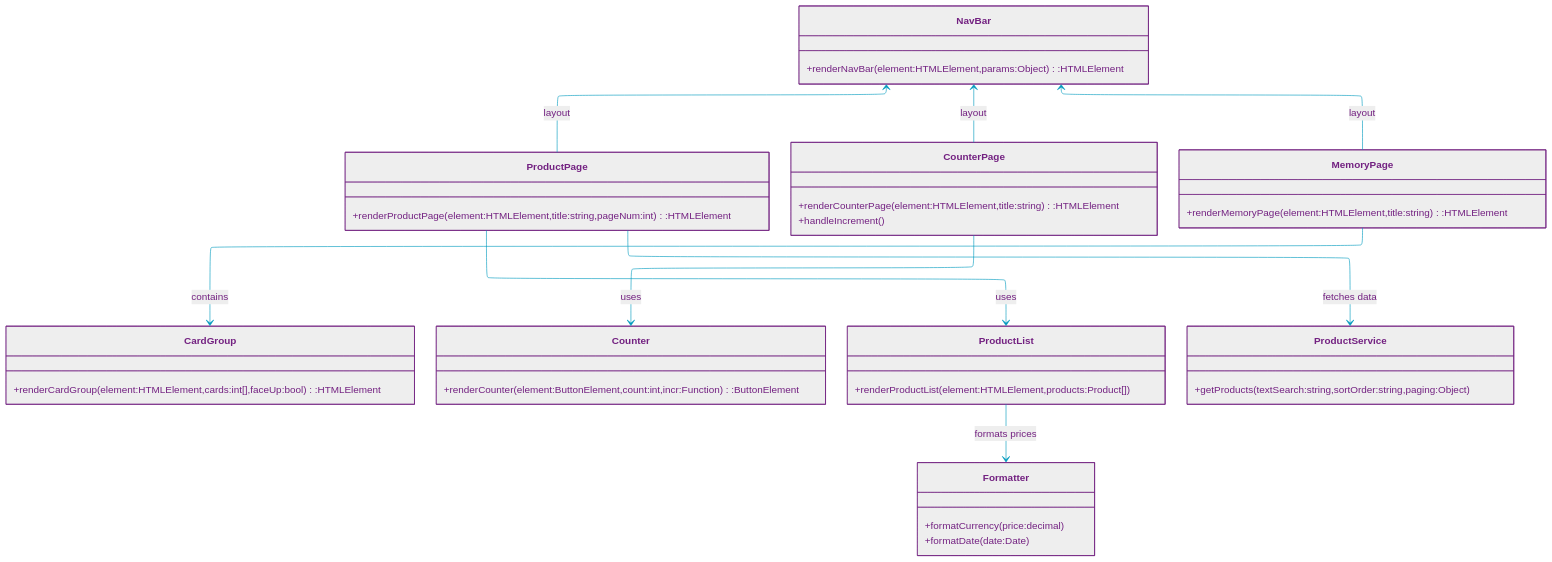
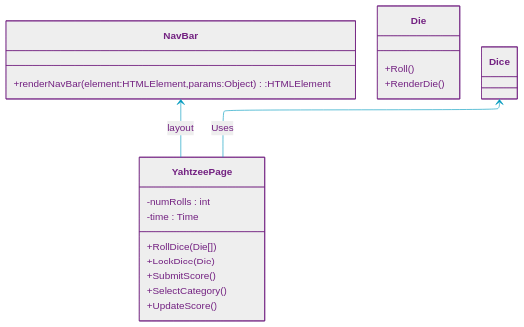
The diagram in uml/icd.md (null-0ne/COSA-195-Gamehub), drawn with Mermaid before and after one commit. The commit also changed other lines of this file and 2 other files, not shown here.

Commit message:
Started the ICD, and created the Sequence Diagram for the Yahtzee Count page

````diff
--- a/uml/icd.md
+++ b/uml/icd.md
@@ -3,62 +3,38 @@
 ```mermaid
 %%{init:{"securityLevel":"loose","layout":"elk","elk":{"nodePlacementStrategy":"NETWORK_SIMPLEX"},"theme":"base",
 "themeVariables":{"primaryColor":"#EEE","primaryTextColor":"#732181","primaryBorderColor":"#732181","lineColor":"#009ABE","noteBorderColor":"#732181","noteBkgColor":"#F38A00","activationBkgColor":"#F38A00"    }
 }}%%
 %%----------------------- MERMAID MARKUP BELOW --------------------%%
 classDiagram
 %%  direction LR
 
-    class ProductPage {
-        +renderProductPage(element:HTMLElement,title:string,pageNum:int):HTMLElement
-    }
-
-    class CounterPage {
-        +renderCounterPage(element:HTMLElement,title:string):HTMLElement
-        +handleIncrement()
-    }
-
-    class MemoryPage {
-        +renderMemoryPage(element:HTMLElement,title:string):HTMLElement
-    }
-
     class NavBar {
         +renderNavBar(element:HTMLElement,params:Object):HTMLElement
     }
 
-    class CardGroup {
-        +renderCardGroup(element:HTMLElement,cards:int[],faceUp:bool):HTMLElement
+    class Die {
+        +Roll()
+        +RenderDie()
     }
 
-    class Counter {
-        +renderCounter(element:ButtonElement,count:int,incr:Function):ButtonElement
-    }
+    class YahtzeePage {
 
-    class ProductList {
-        +renderProductList(element:HTMLElement,products:Product[])
-    }
+        -numRolls : int
+        -time : Time
+        +RollDice(Die[])
+        +LockDice(Die)
+        +SubmitScore()
+        +SelectCategory()
+        +UpdateScore()
 
-    class ProductService {
-        +getProducts(textSearch:string,sortOrder:string,paging:Object)
-    }
-
-    class Formatter {
-        +formatCurrency(price:decimal)
-        +formatDate(date:Date)
     }
 
     %% Relationships
-    NavBar <-- ProductPage : layout
-    NavBar <-- CounterPage : layout
-    NavBar <-- MemoryPage : layout
-    
-    ProductPage --> ProductService : fetches data
-    ProductPage --> ProductList : uses
-    CounterPage --> Counter : uses
-    MemoryPage --> CardGroup : contains
-    ProductList --> Formatter : formats prices
-    
+    NavBar <-- YahtzeePage : layout
+    Dice <-- YahtzeePage : Uses
 
 
 
-%%----------------------- MERMAID MARKUP ABOVE --------------------%%    
+
+%%----------------------- MERMAID MARKUP ABOVE --------------------%%
 ```
````
